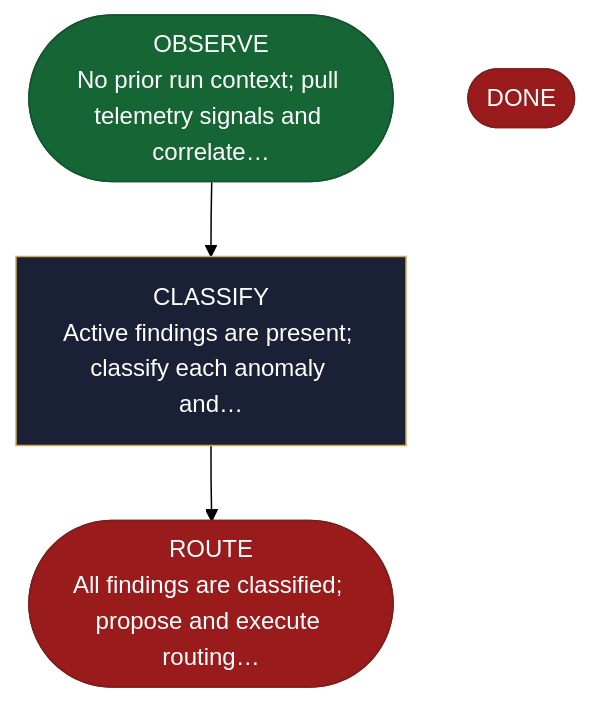
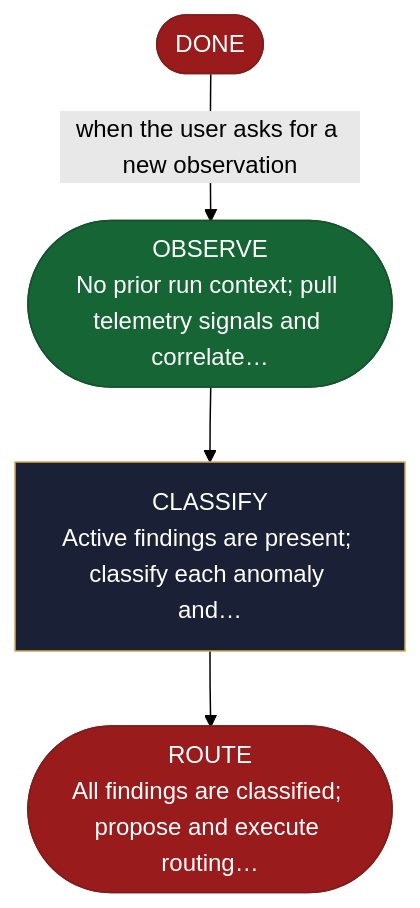
The diagram in site/src/content/docs/skills/aid-monitor.md (AndreVianna/aid-methodology), drawn with Mermaid (forest theme) before and after one commit. The commit also changed other lines of this file and 14 other files, not shown here.

````diff
--- a/site/src/content/docs/skills/aid-monitor.md
+++ b/site/src/content/docs/skills/aid-monitor.md
@@ -19,23 +19,24 @@
 ```mermaid
 flowchart TB
   classDef aidNode color:#fff
   classDef aidEntry fill:#166534,stroke:#14532d,color:#fff
   classDef aidExit fill:#991b1b,stroke:#7f1d1d,color:#fff
   classDef aidDecision fill:#92400e,stroke:#78350f,color:#fff
   classDef aidLoopBack fill:#1e3a8a,stroke:#1e3a8a,color:#fff
   classDef aidStep fill:#1a2035,stroke:#d4a853,color:#f1f5f9
   n1(["OBSERVE<br/>No prior run context; pull telemetry signals and correlate…"])
   n2["CLASSIFY<br/>Active findings are present; classify each anomaly and…"]
   n3(["ROUTE<br/>All findings are classified; propose and execute routing…"])
   n4(["DONE"])
   n1 --> n2
   n2 --> n3
+  n4 -->|"when the user asks for a new observation"| n1
   class n1 aidEntry
   class n2 aidStep
   class n3 aidExit
   class n4 aidExit
   class n1 aidNode
   class n2 aidNode
   class n3 aidNode
   class n4 aidNode
 ```
````
